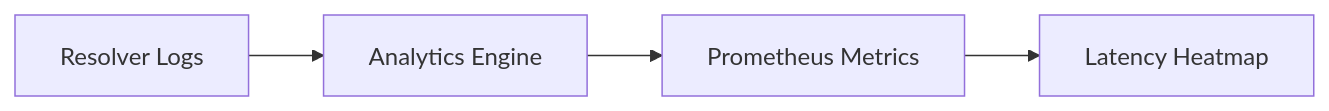
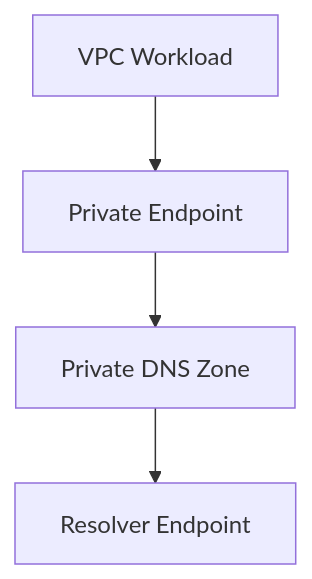
Diagram 13 of 30 in README.md (Devopstrio/hybrid-dns-resolution), drawn with Mermaid before and after one commit. The commit also changed other lines of this file, not shown here.

Commit message:
docs: expand README with 30+ architectural diagrams

````diff
--- a/README.md
+++ b/README.md
@@ -187,6 +142,6 @@
 ```mermaid
-graph LR
-    Logs[Resolver Logs] --> Stream[Analytics Engine]
-    Stream --> Metrics[Prometheus Metrics]
-    Metrics --> Dash[Latency Heatmap]
+graph TD
+    VPC[VPC Workload] --> PE[Private Endpoint]
+    PE --> DZ[Private DNS Zone]
+    DZ --> R[Resolver Endpoint]
 ```
````
